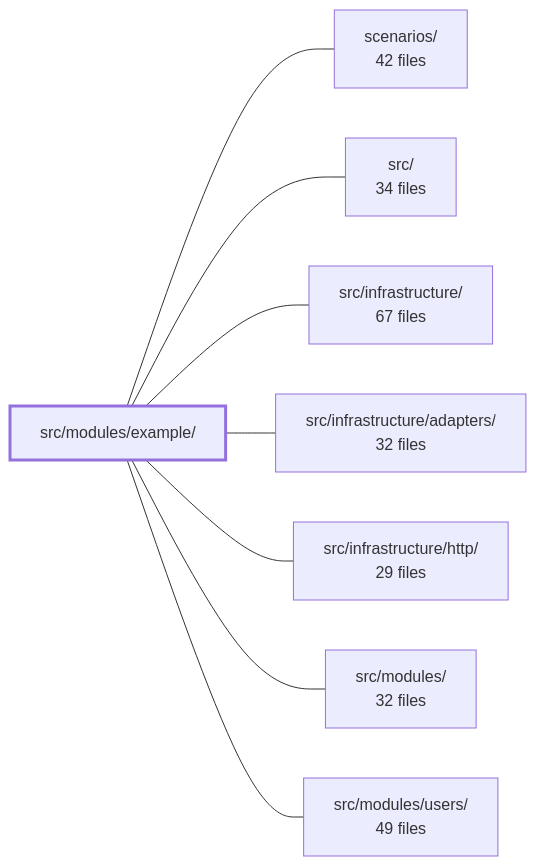
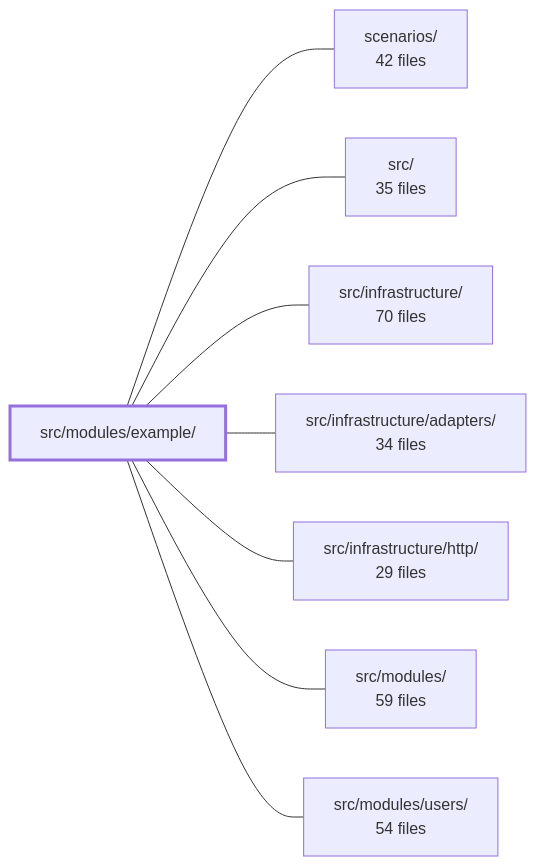
The diagram in .2brain/modules/boilerplate-node-backend_src_modules_example.md (Guebbit/boilerplate-node-backend), drawn with Mermaid before and after one commit. The commit also changed other lines of this file and 627 other files, not shown here.

````diff
--- a/.2brain/modules/boilerplate-node-backend_src_modules_example.md
+++ b/.2brain/modules/boilerplate-node-backend_src_modules_example.md
@@ -42,19 +45,19 @@
 ```mermaid
 flowchart LR
     m_src_modules_example["src/modules/example/"]
     m_scenarios["scenarios/<br/>42 files"]
-    m_src["src/<br/>34 files"]
-    m_src_infrastructure["src/infrastructure/<br/>67 files"]
-    m_src_infrastructure_adapters["src/infrastructure/adapters/<br/>32 files"]
+    m_src["src/<br/>35 files"]
+    m_src_infrastructure["src/infrastructure/<br/>70 files"]
+    m_src_infrastructure_adapters["src/infrastructure/adapters/<br/>34 files"]
     m_src_infrastructure_http["src/infrastructure/http/<br/>29 files"]
-    m_src_modules["src/modules/<br/>32 files"]
-    m_src_modules_users["src/modules/users/<br/>49 files"]
+    m_src_modules["src/modules/<br/>59 files"]
+    m_src_modules_users["src/modules/users/<br/>54 files"]
     m_src_modules_example --- m_scenarios
     m_src_modules_example --- m_src
     m_src_modules_example --- m_src_infrastructure
     m_src_modules_example --- m_src_infrastructure_adapters
     m_src_modules_example --- m_src_infrastructure_http
     m_src_modules_example --- m_src_modules
     m_src_modules_example --- m_src_modules_users
     style m_src_modules_example stroke-width:3px
 ```
````
